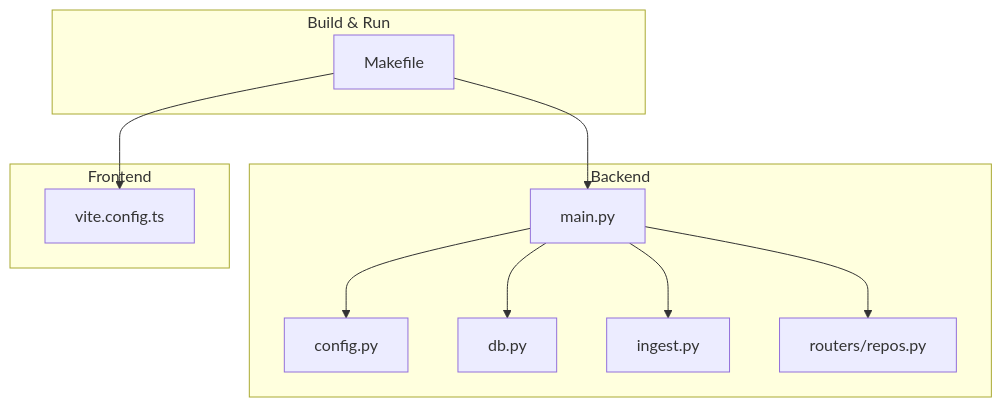
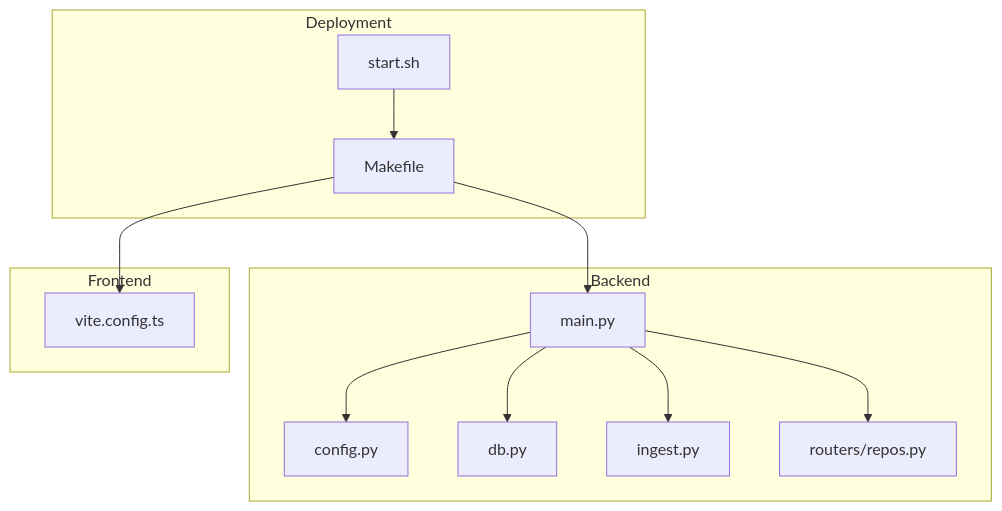
Before and after one commit to Keanu-de-Hart/sdp-test: the first of 4 diagrams in .qoder/repowiki/en/content/Deployment Guide.md, drawn with Mermaid. The commit also changed other lines of this file and 75 other files, not shown here.

````diff
--- a/.qoder/repowiki/en/content/Deployment Guide.md
+++ b/.qoder/repowiki/en/content/Deployment Guide.md
@@ -43,22 +52,24 @@
 ```mermaid
 graph TB
 subgraph "Backend"
 M["main.py"]
 C["config.py"]
 D["db.py"]
 I["ingest.py"]
 R["routers/repos.py"]
 end
 subgraph "Frontend"
 V["vite.config.ts"]
 end
-subgraph "Build & Run"
+subgraph "Deployment"
+SS["start.sh"]
 MK["Makefile"]
 end
+SS --> MK
 MK --> M
 M --> C
 M --> D
 M --> R
 M --> I
 MK --> V
 ```
````
